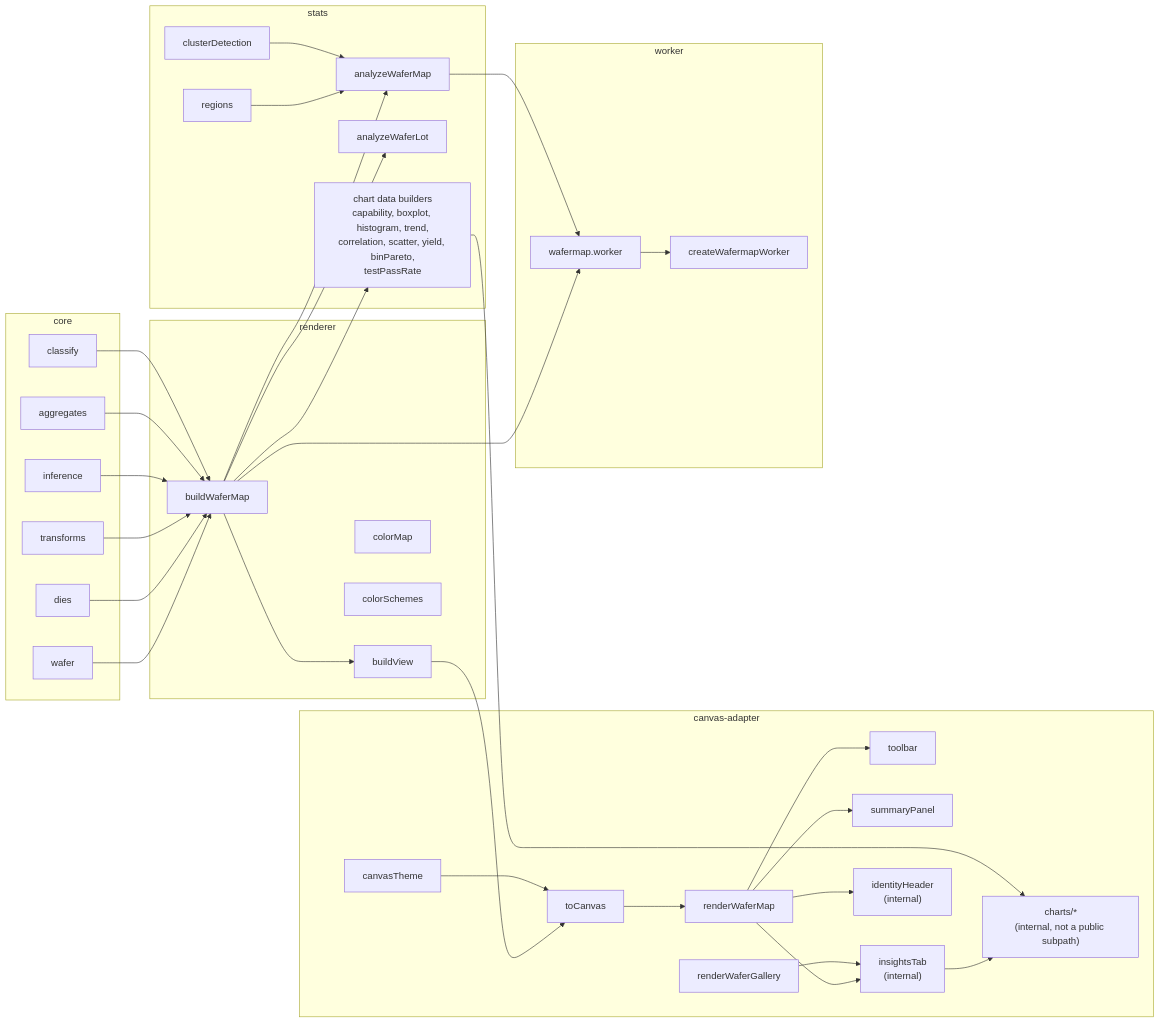
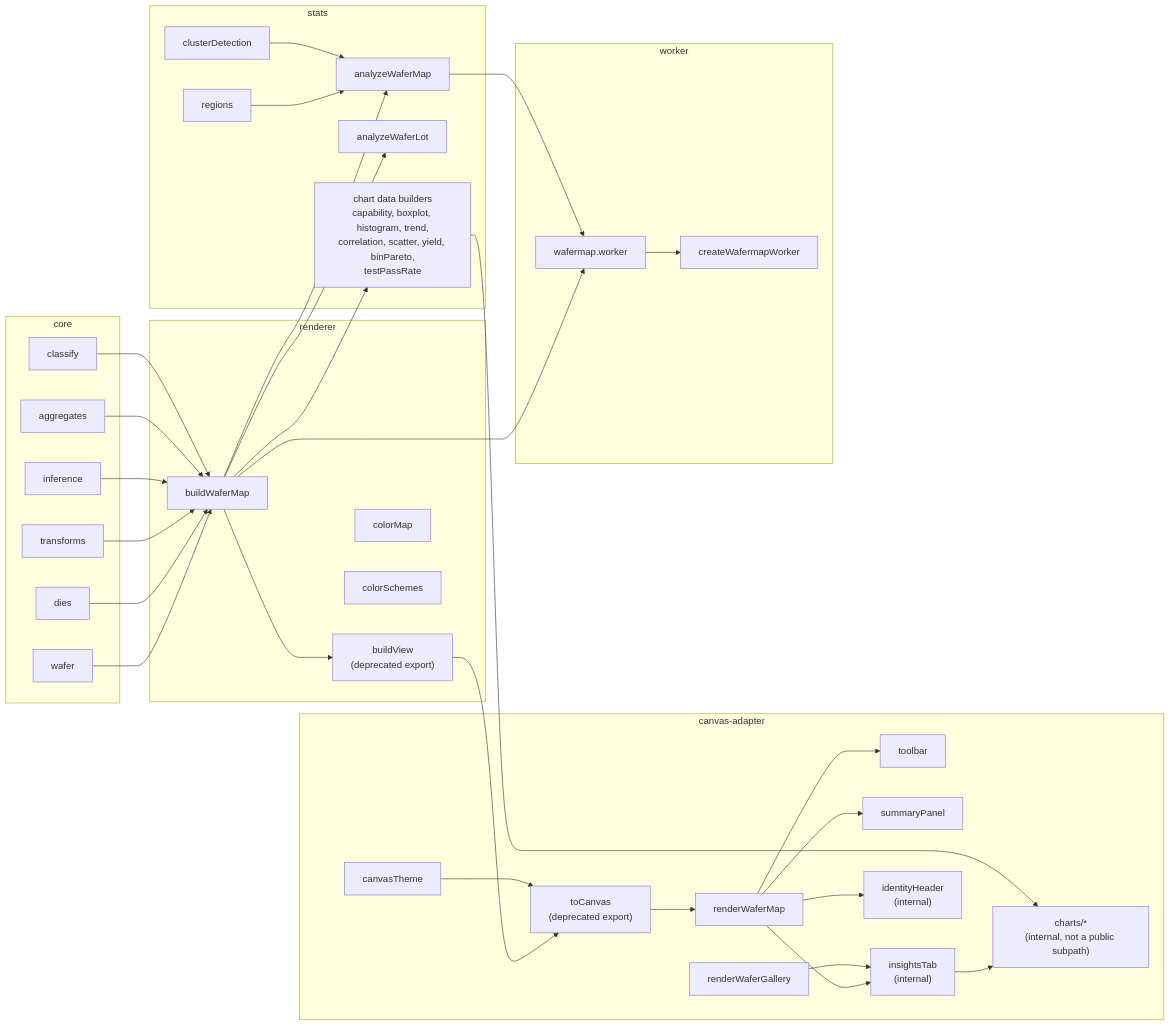
The second of 5 diagrams in docs/architecture.md (wafertools/wafermap), drawn with Mermaid before and after one commit. The commit also changed other lines of this file and 6 other files, not shown here.

````diff
--- a/docs/architecture.md
+++ b/docs/architecture.md
@@ -59,72 +59,72 @@
 ```mermaid
 graph LR
     subgraph Core[core]
         core1["wafer"]
         core2["dies"]
         core3["transforms"]
         core4["inference"]
         core5["aggregates"]
         core6["classify"]
     end
 
     subgraph Renderer[renderer]
         r1["buildWaferMap"]
-        r2["buildView"]
+        r2["buildView<br/>(deprecated export)"]
         r3["colorMap"]
         r4["colorSchemes"]
     end
 
     subgraph Canvas[canvas-adapter]
         c1["renderWaferMap"]
         c2["renderWaferGallery"]
-        c3["toCanvas"]
+        c3["toCanvas<br/>(deprecated export)"]
         c4["toolbar"]
         c5["summaryPanel"]
         c6["canvasTheme"]
         c7["insightsTab<br/>(internal)"]
         c8["charts/*<br/>(internal, not a public subpath)"]
         c9["identityHeader<br/>(internal)"]
     end
 
     subgraph Stats[stats]
         s1["analyzeWaferMap"]
         s2["analyzeWaferLot"]
         s3["regions"]
         s4["clusterDetection"]
         s5["chart data builders<br/>capability, boxplot, histogram, trend,<br/>correlation, scatter, yield, binPareto,<br/>testPassRate"]
     end
 
     subgraph Worker[worker]
         w1["wafermap.worker"]
         w2["createWafermapWorker"]
     end
 
     core1 --> r1
     core2 --> r1
     core3 --> r1
     core4 --> r1
     core5 --> r1
     core6 --> r1
 
     r1 --> r2
     r2 --> c3
     c6 --> c3
     c3 --> c1
     c1 --> c4
     c1 --> c5
     c1 --> c7
     c2 --> c7
     c7 --> c8
     s5 --> c8
     c1 --> c9
 
     r1 --> s1
     r1 --> s2
     r1 --> s5
     s3 --> s1
     s4 --> s1
 
     r1 --> w1
     s1 --> w1
     w1 --> w2
 ```
````
